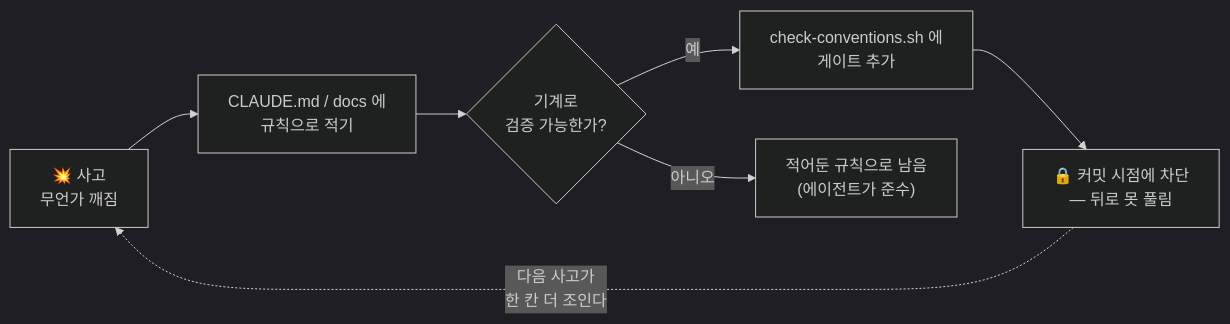
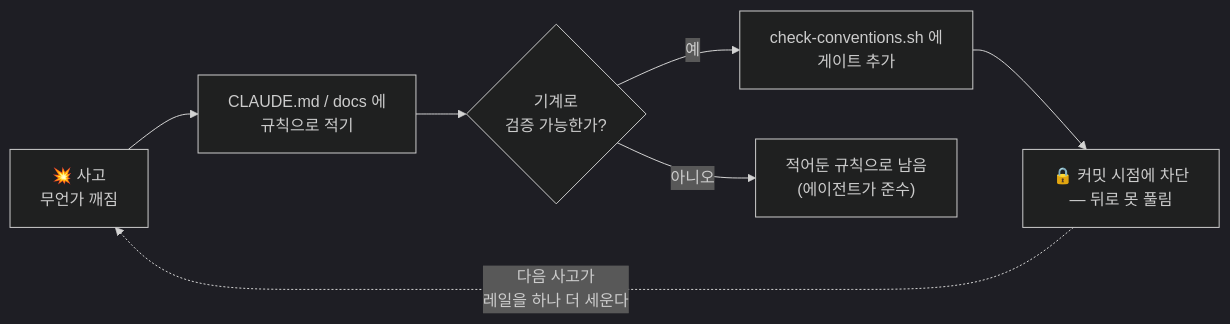
The third of 3 diagrams in README.ko.md (icurfer/ic-praxis), drawn with Mermaid (dark theme) before and after one commit. The commit also changed other lines of this file and 8 other files, not shown here.

````diff
--- a/README.ko.md
+++ b/README.ko.md
@@ -134,9 +134,9 @@
 ```mermaid
 flowchart LR
     I["💥 사고<br/>무언가 깨짐"] --> W["CLAUDE.md / docs 에<br/>규칙으로 적기"]
     W --> Q{"기계로<br/>검증 가능한가?"}
     Q -- 예 --> G["check-conventions.sh 에<br/>게이트 추가"]
     Q -- 아니오 --> R["적어둔 규칙으로 남음<br/>(에이전트가 준수)"]
     G --> P["🔒 커밋 시점에 차단<br/>— 뒤로 못 풀림"]
-    P -. "다음 사고가<br/>한 칸 더 조인다" .-> I
+    P -. "다음 사고가<br/>레일을 하나 더 세운다" .-> I
 ```
````
